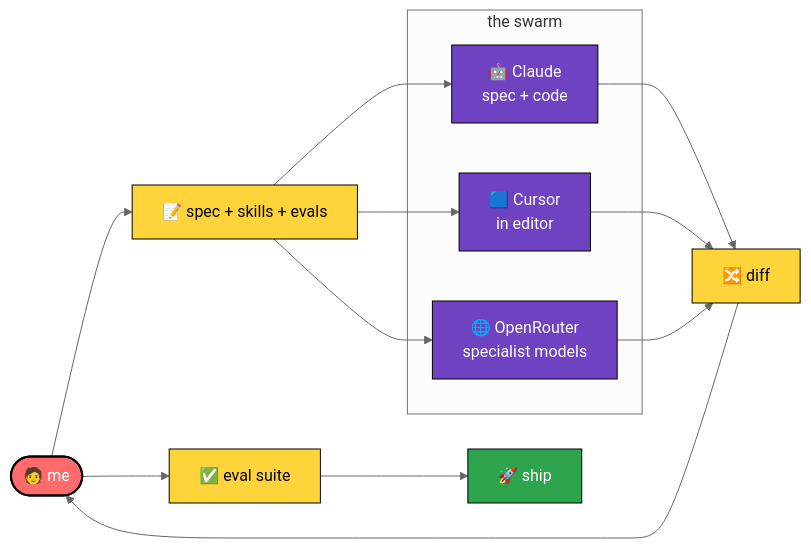
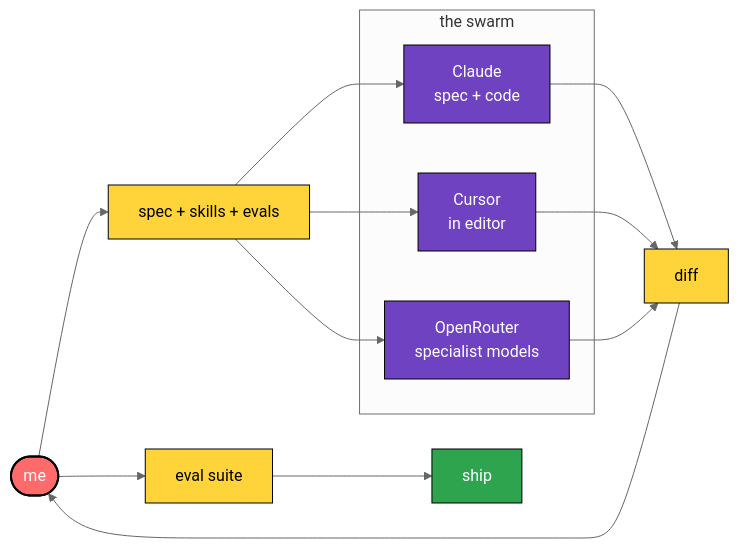
The first of 3 diagrams in README.md (AbhiiGatty/AbhiiGatty), drawn with Mermaid (neutral theme) before and after one commit. The commit also changed other lines of this file, not shown here.

````diff
--- a/README.md
+++ b/README.md
@@ -32,33 +56,33 @@
 ```mermaid
 flowchart LR
-    Me([🧑 me])
+    Me([me])
     subgraph Agents[the swarm]
-      C[🤖 Claude<br/>spec + code]
-      K[🟦 Cursor<br/>in editor]
-      O[🌐 OpenRouter<br/>specialist models]
+      C[Claude<br/>spec + code]
+      K[Cursor<br/>in editor]
+      O[OpenRouter<br/>specialist models]
     end
-    Spec[📝 spec + skills + evals]
-    Diff[🔀 diff]
-    Eval[✅ eval suite]
-    Ship[🚀 ship]
+    Spec[spec + skills + evals]
+    Diff[diff]
+    Eval[eval suite]
+    Ship[ship]
 
     Me --> Spec
     Spec --> C
     Spec --> K
     Spec --> O
     C --> Diff
     K --> Diff
     O --> Diff
     Diff --> Me
     Me --> Eval
     Eval --> Ship
 
     classDef me fill:#FF6B6B,stroke:#000,stroke-width:2px,color:#fff
     classDef agent fill:#6F42C1,stroke:#000,color:#fff
     classDef artifact fill:#FFD43B,stroke:#000,color:#000
     classDef ship fill:#2EA44F,stroke:#000,color:#fff
     class Me me
     class C,K,O agent
     class Spec,Diff,Eval artifact
     class Ship ship
 ```
````
